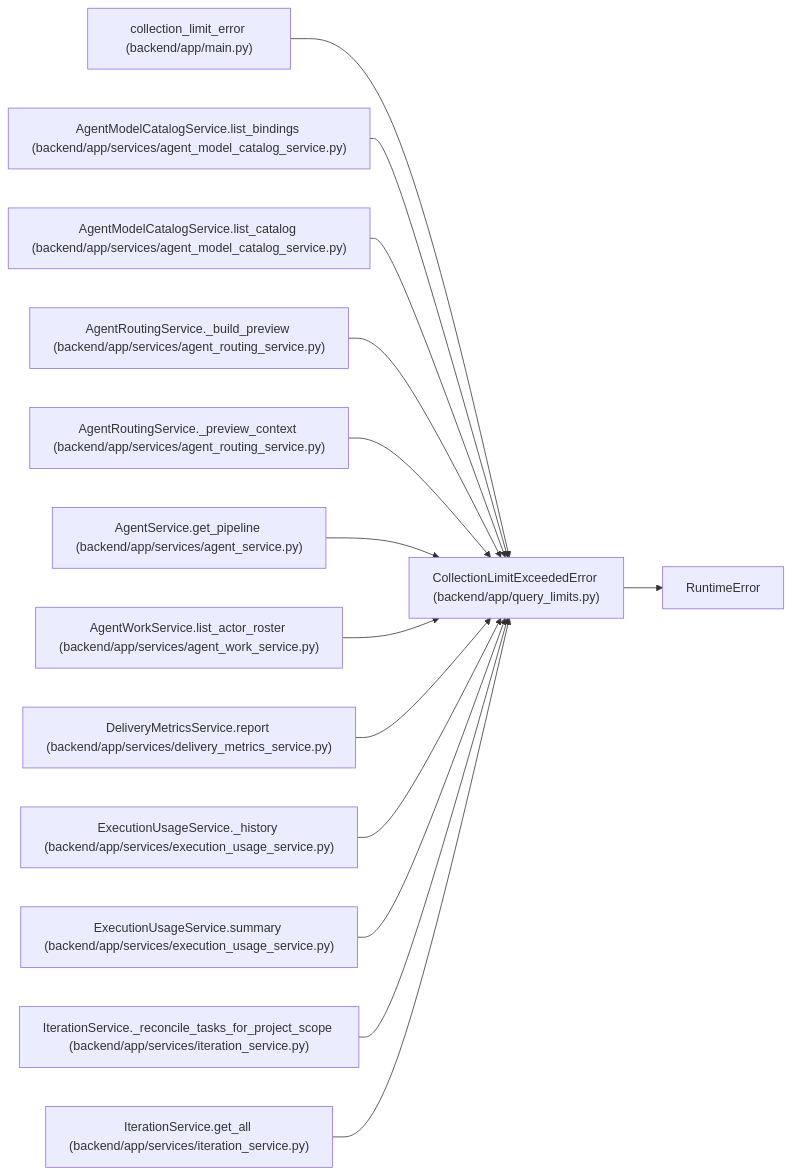
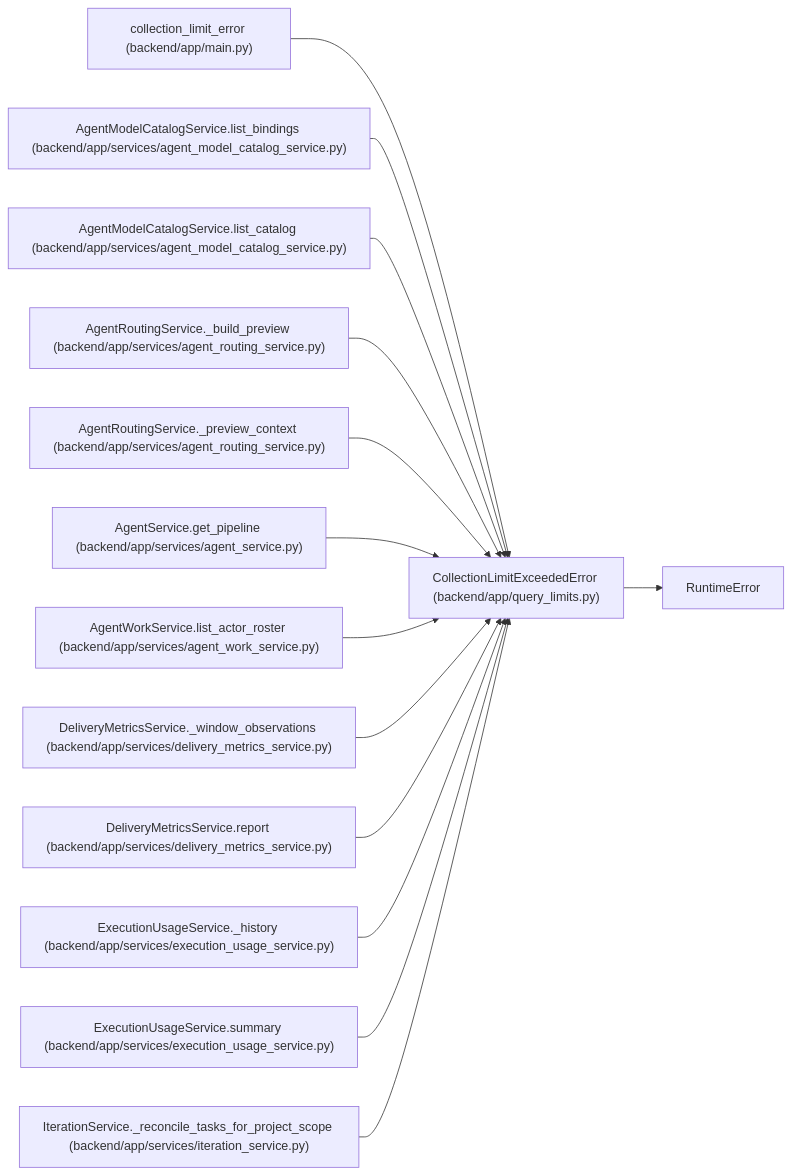
The diagram in docs/llm_wiki/entities/CollectionLimitExceededError.md (Denissvgn/WorkChord), drawn with Mermaid before and after one commit. The commit also changed other lines of this file and 335 other files, not shown here.

````diff
--- a/docs/llm_wiki/entities/CollectionLimitExceededError.md
+++ b/docs/llm_wiki/entities/CollectionLimitExceededError.md
@@ -26,43 +26,43 @@
 ```mermaid
 flowchart LR
     n0["CollectionLimitExceededError (backend/app/query_limits.py)"]
     n1["RuntimeError"]
     n2["collection_limit_error (backend/app/main.py)"]
     n3["AgentModelCatalogService.list_bindings (backend/app/services/agent_model_catalog_service.py)"]
     n4["AgentModelCatalogService.list_catalog (backend/app/services/agent_model_catalog_service.py)"]
     n5["AgentRoutingService._build_preview (backend/app/services/agent_routing_service.py)"]
     n6["AgentRoutingService._preview_context (backend/app/services/agent_routing_service.py)"]
     n7["AgentService.get_pipeline (backend/app/services/agent_service.py)"]
     n8["AgentWorkService.list_actor_roster (backend/app/services/agent_work_service.py)"]
-    n9["DeliveryMetricsService.report (backend/app/services/delivery_metrics_service.py)"]
-    n10["ExecutionUsageService._history (backend/app/services/execution_usage_service.py)"]
-    n11["ExecutionUsageService.summary (backend/app/services/execution_usage_service.py)"]
-    n12["IterationService._reconcile_tasks_for_project_scope (backend/app/services/iteration_service.py)"]
-    n13["IterationService.get_all (backend/app/services/iteration_service.py)"]
+    n9["DeliveryMetricsService._window_observations (backend/app/services/delivery_metrics_service.py)"]
+    n10["DeliveryMetricsService.report (backend/app/services/delivery_metrics_service.py)"]
+    n11["ExecutionUsageService._history (backend/app/services/execution_usage_service.py)"]
+    n12["ExecutionUsageService.summary (backend/app/services/execution_usage_service.py)"]
+    n13["IterationService._reconcile_tasks_for_project_scope (backend/app/services/iteration_service.py)"]
     n0 --> n1
     n2 --> n0
     n3 --> n0
     n4 --> n0
     n5 --> n0
     n6 --> n0
     n7 --> n0
     n8 --> n0
     n9 --> n0
     n10 --> n0
     n11 --> n0
     n12 --> n0
     n13 --> n0
     click n0 "../modules/query_limits.md"
     click n2 "../modules/app_main.md"
     click n3 "../modules/agent_model_catalog_service.md"
     click n4 "../modules/agent_model_catalog_service.md"
     click n5 "../modules/agent_routing_service.md"
     click n6 "../modules/agent_routing_service.md"
     click n7 "../modules/agent_service.md"
     click n8 "../modules/agent_work_service.md"
     click n9 "../modules/delivery_metrics_service.md"
-    click n10 "../modules/execution_usage_service.md"
+    click n10 "../modules/delivery_metrics_service.md"
     click n11 "../modules/execution_usage_service.md"
-    click n12 "../modules/iteration_service.md"
+    click n12 "../modules/execution_usage_service.md"
     click n13 "../modules/iteration_service.md"
 ```
````
